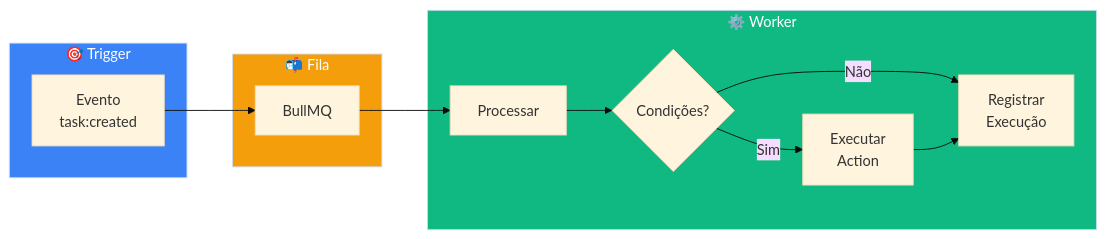
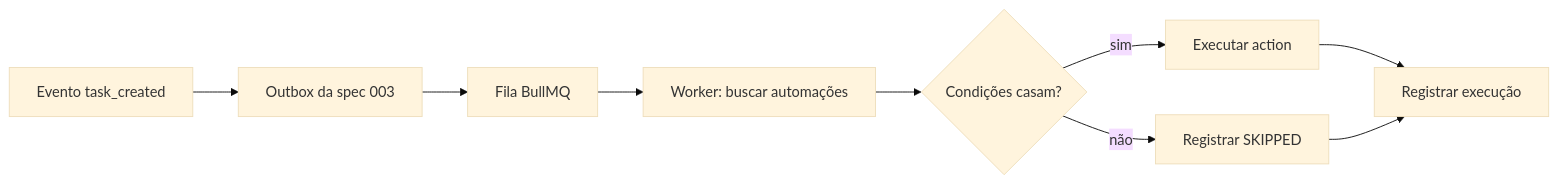
One commit to felipefontoura/spec-driven-development-book changed the tenth of 15 diagrams in BOOK.pt-BR.md. Above: the diagram before and after it, drawn with Mermaid (base theme). The commit also changed other lines of this file and 4 other files, not shown here.

````diff
--- a/BOOK.pt-BR.md
+++ b/BOOK.pt-BR.md
@@ -1925,28 +2399,16 @@
 ```mermaid
 flowchart LR
-    subgraph TRIGGER["🎯 Trigger"]
-        EVT[Evento<br/>task:created]
-    end
+    EVT[Evento task_created] --> OB[Outbox da spec 003]
+    OB --> BQ[Fila BullMQ]
+    BQ --> PROC[Worker: buscar automações]
+    PROC --> COND{Condições casam?}
+    COND -->|sim| EXEC[Executar action]
+    COND -->|não| SKIP[Registrar SKIPPED]
+    EXEC --> LOG[Registrar execução]
+    SKIP --> LOG
 
-    subgraph QUEUE["📬 Fila"]
-        BQ[BullMQ]
-    end
-
-    subgraph WORKER["⚙️ Worker"]
-        PROC[Processar]
-        COND{Condições?}
-        EXEC[Executar<br/>Action]
-        LOG[Registrar<br/>Execução]
-    end
-
-    EVT --> BQ
-    BQ --> PROC
-    PROC --> COND
-    COND -->|Sim| EXEC
-    COND -->|Não| LOG
-    EXEC --> LOG
-
-    style TRIGGER fill:#3b82f6,color:#fff
-    style QUEUE fill:#f59e0b,color:#fff
-    style WORKER fill:#10b981,color:#fff
+    class EVT neutral;
+    class BQ soft;
+    class EXEC,LOG accent;
+    class SKIP muted;
 ```
````
